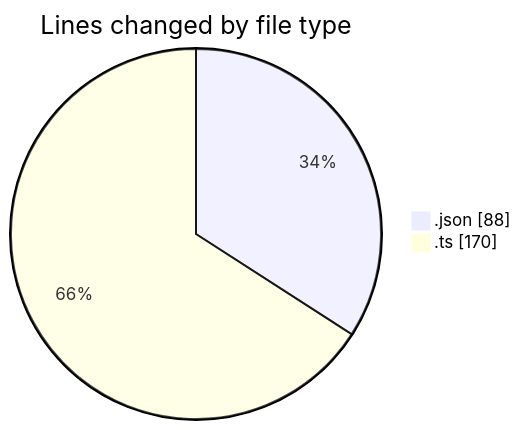
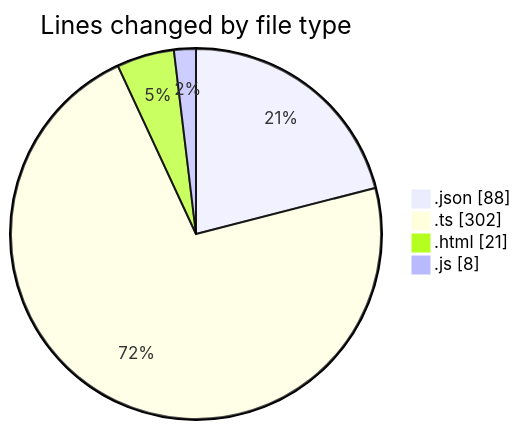
The first of 2 diagrams in 2026-02-02/singularitybrainai/README.md (tmsrecording-cyber/code-tracking), drawn with Mermaid before and after one commit. The commit also changed other lines of this file and 1 other file, not shown here.

````diff
--- a/2026-02-02/singularitybrainai/README.md
+++ b/2026-02-02/singularitybrainai/README.md
@@ -21,6 +24,8 @@
 ```mermaid
 pie showData
 title Lines changed by file type
 ".json" : 88
-".ts" : 170
+".ts" : 302
+".html" : 21
+".js" : 8
 ```
````
